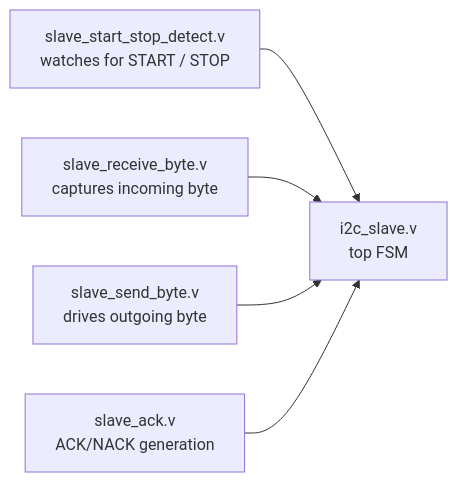
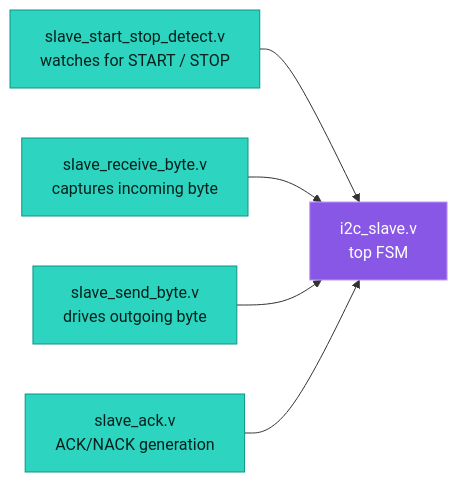
One commit to Shriram1302/I2C_PROTOCOL_IN_VERILOG changed the fifth of 6 diagrams in README.md. Above: the diagram before and after it, drawn with Mermaid. The commit also changed other lines of this file, not shown here.

````diff
--- a/README.md
+++ b/README.md
@@ -205,7 +273,13 @@
 ```mermaid
 graph LR
     A["slave_start_stop_detect.v<br/>watches for START / STOP"] --> B["i2c_slave.v<br/>top FSM"]
     C["slave_receive_byte.v<br/>captures incoming byte"] --> B
     D["slave_send_byte.v<br/>drives outgoing byte"] --> B
     E["slave_ack.v<br/>ACK/NACK generation"] --> B
+
+    style B fill:#8957e5,stroke:#c297ff,color:#fff
+    style A fill:#2dd4bf,stroke:#0d9488,color:#04211d
+    style C fill:#2dd4bf,stroke:#0d9488,color:#04211d
+    style D fill:#2dd4bf,stroke:#0d9488,color:#04211d
+    style E fill:#2dd4bf,stroke:#0d9488,color:#04211d
 ```
````
